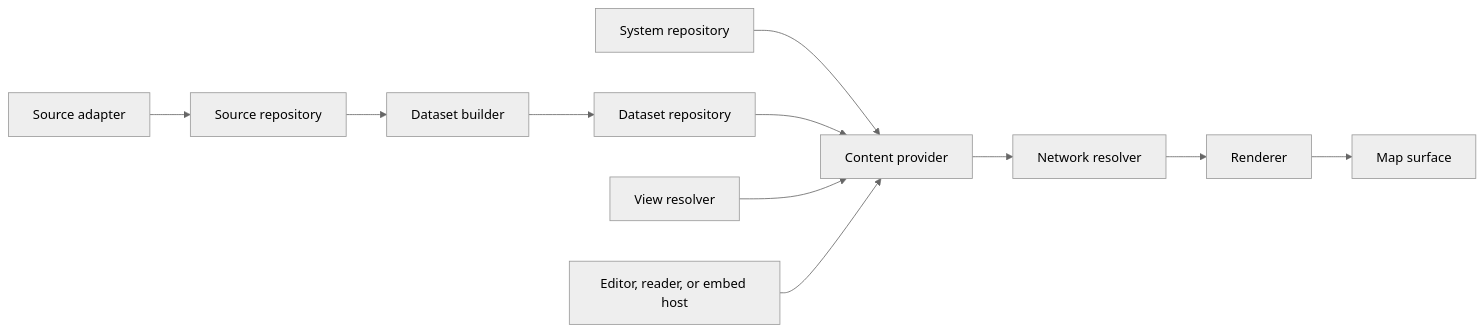
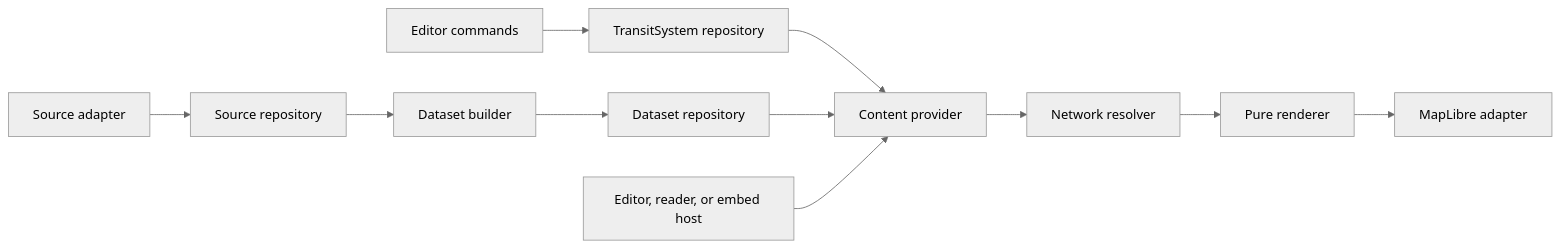
One commit to LasVegasForTransit/transit-mapper changed the diagram in docs/superpowers/plans/2026-08-29-transit-content-migration.md. Above: the diagram before and after it, drawn with Mermaid (neutral theme). The commit also changed other lines of this file and 10 other files, not shown here.

````diff
--- a/docs/superpowers/plans/2026-08-29-transit-content-migration.md
+++ b/docs/superpowers/plans/2026-08-29-transit-content-migration.md
@@ -75,25 +53,25 @@
 ```mermaid
 flowchart LR
-Adapter[Source adapter]
-Sources[Source repository]
-Builder[Dataset builder]
-Dataset[Dataset repository]
-System[System repository]
-View[View resolver]
-Content[Content provider]
-Resolve[Network resolver]
-Render[Renderer]
-Map[Map surface]
-Host[Editor, reader, or embed host]
+  Author[Editor commands]
+  System[TransitSystem repository]
+  Adapter[Source adapter]
+  Source[Source repository]
+  Builder[Dataset builder]
+  Dataset[Dataset repository]
+  Content[Content provider]
+  Resolver[Network resolver]
+  Renderer[Pure renderer]
+  Map[MapLibre adapter]
+  Host[Editor, reader, or embed host]
 
-Adapter --> Sources
-Sources --> Builder
-Builder --> Dataset
-System --> Content
-Dataset --> Content
-View --> Content
-Host --> Content
-Content --> Resolve
-Resolve --> Render
-Render --> Map
+  Author --> System
+  Adapter --> Source
+  Source --> Builder
+  Builder --> Dataset
+  System --> Content
+  Dataset --> Content
+  Host --> Content
+  Content --> Resolver
+  Resolver --> Renderer
+  Renderer --> Map
 ```
````
